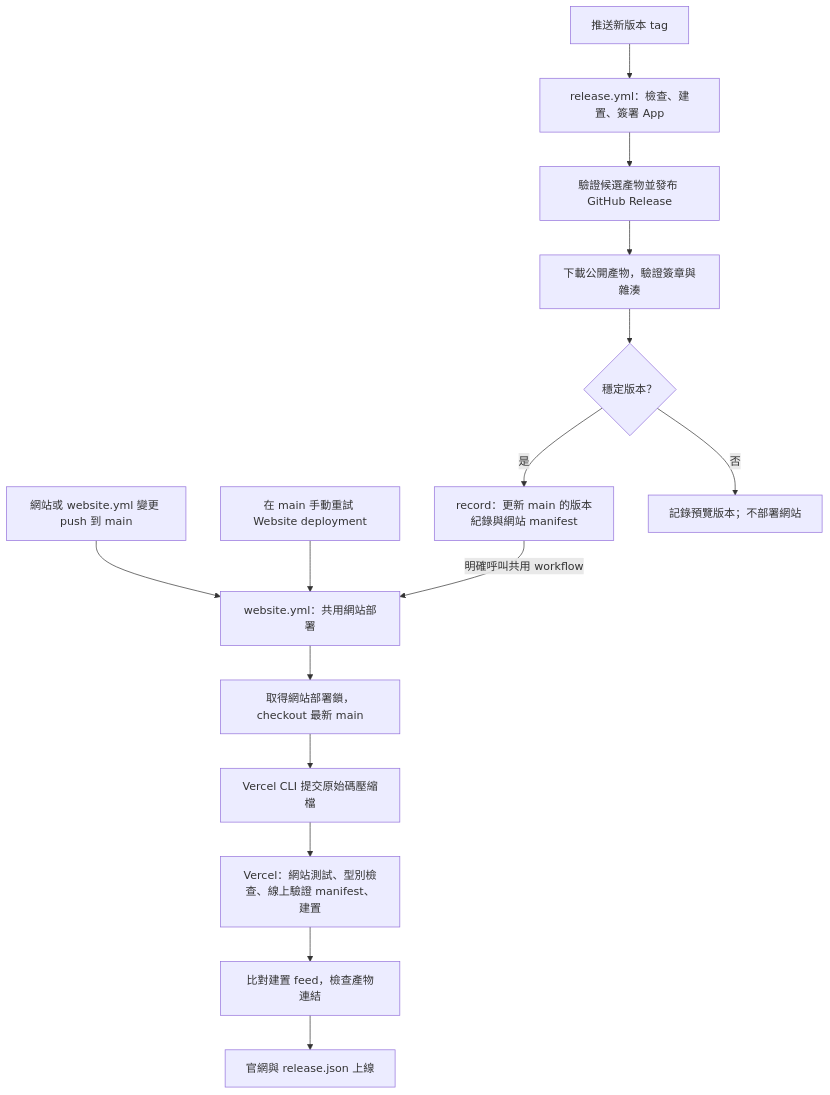
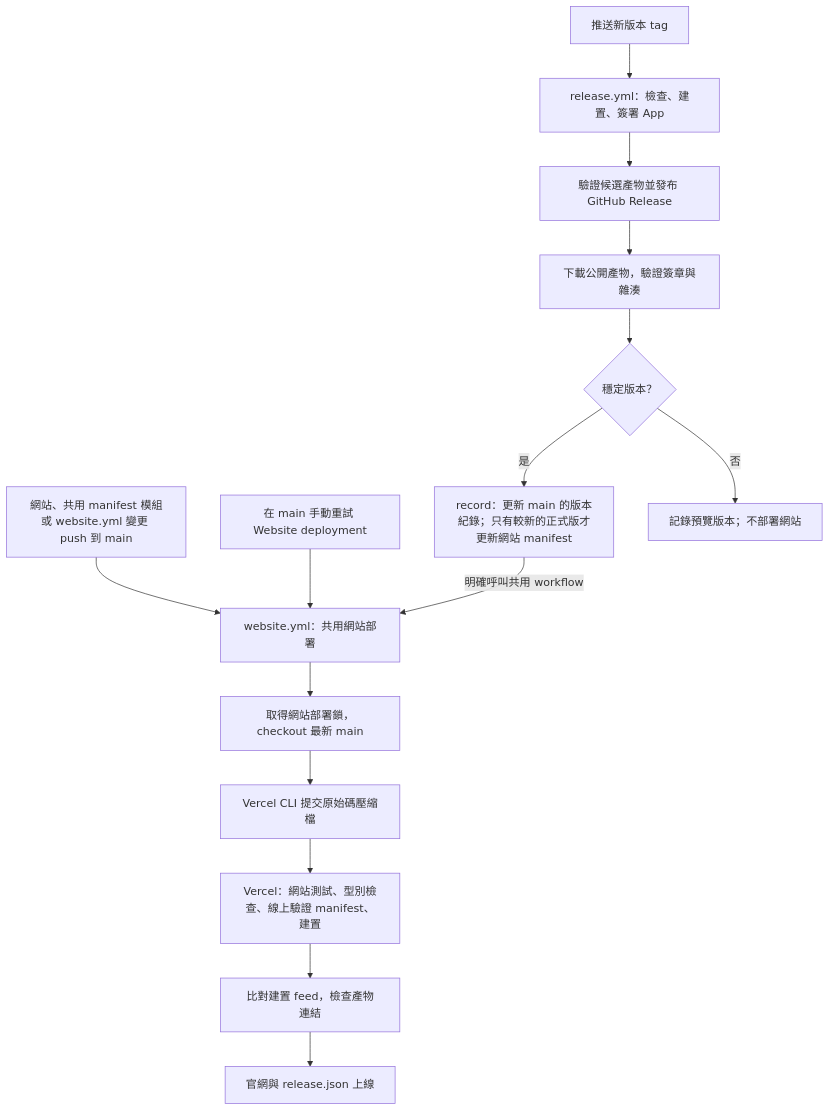
The first of 3 diagrams in docs/zh-TW/system-design/delivery.md (EricTsai83/recordstuff), drawn with Mermaid before and after one commit. The commit also changed other lines of this file and 4 other files, not shown here.

First line of the commit message:
docs(system-design): list the shared manifest modules among website triggers

````diff
--- a/docs/zh-TW/system-design/delivery.md
+++ b/docs/zh-TW/system-design/delivery.md
@@ -11,17 +11,17 @@
 ```mermaid
 flowchart TD
-    W["網站或 website.yml 變更 push 到 main"] --> D["website.yml：共用網站部署"]
+    W["網站、共用 manifest 模組或 website.yml 變更 push 到 main"] --> D["website.yml：共用網站部署"]
     M["在 main 手動重試 Website deployment"] --> D
     T["推送新版本 tag"] --> A["release.yml：檢查、建置、簽署 App"]
     A --> P["驗證候選產物並發布 GitHub Release"]
     P --> V["下載公開產物，驗證簽章與雜湊"]
     V --> S{"穩定版本？"}
-    S -->|是| R["record：更新 main 的版本紀錄與網站 manifest"]
+    S -->|是| R["record：更新 main 的版本紀錄；只有較新的正式版才更新網站 manifest"]
     R -->|明確呼叫共用 workflow| D
     S -->|否| Q["記錄預覽版本；不部署網站"]
     D --> L["取得網站部署鎖，checkout 最新 main"]
     L --> H["Vercel CLI 提交原始碼壓縮檔"]
     H --> C["Vercel：網站測試、型別檢查、線上驗證 manifest、建置"]
     C --> F["比對建置 feed，檢查產物連結"]
     F --> O["官網與 release.json 上線"]
 ```
````
